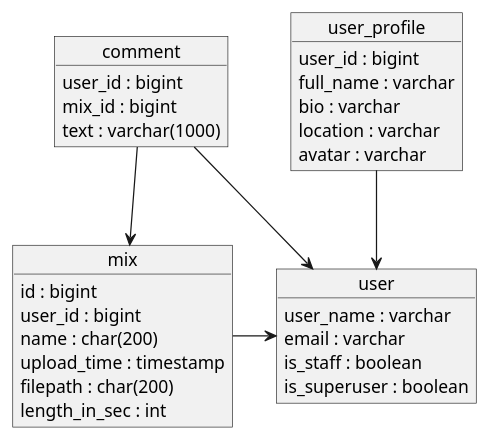
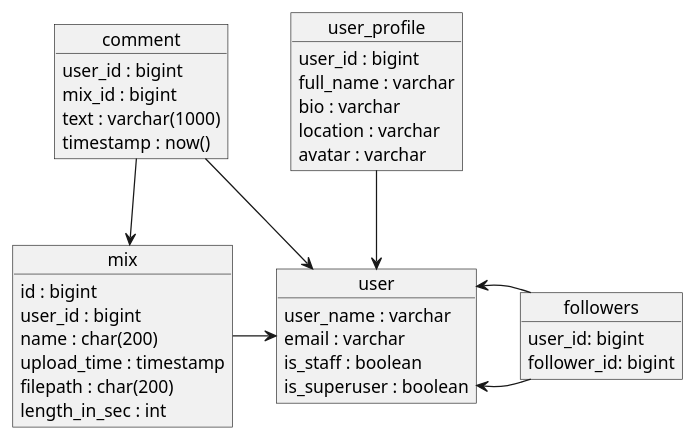
The diagram in backend/docs/data_schema.plantuml (senorfelipe/mix-share), drawn with PlantUML before and after one commit. The commit also changed 6 other files, not shown here.

```diff
--- a/backend/docs/data_schema.plantuml
+++ b/backend/docs/data_schema.plantuml
@@ -1,41 +1,50 @@
 @startuml database
 object mix {
     id : bigint
     user_id : bigint
     name : char(200)
     upload_time : timestamp
     filepath : char(200) 
     length_in_sec : int
 }
 
 object user {
     user_name : varchar
     email : varchar
     is_staff : boolean
     is_superuser : boolean
 }
 
 object user_profile {
     user_id : bigint
     full_name : varchar
     bio : varchar
     location : varchar
     avatar : varchar
 }
 
 object comment {
     user_id : bigint
     mix_id : bigint
     text : varchar(1000)
+    timestamp : now()
+}
+
+object followers {
+    user_id: bigint
+    follower_id: bigint
 }
 
 
 
 
 
+
+user <- followers
+user <- followers
 mix -> user
 user_profile --> user
 comment --> user
 comment --> mix
 
 @enduml
```
